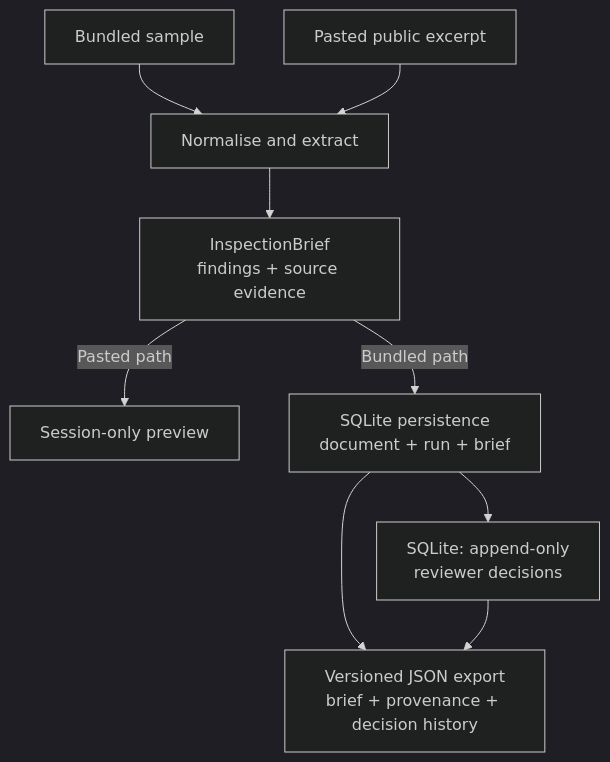
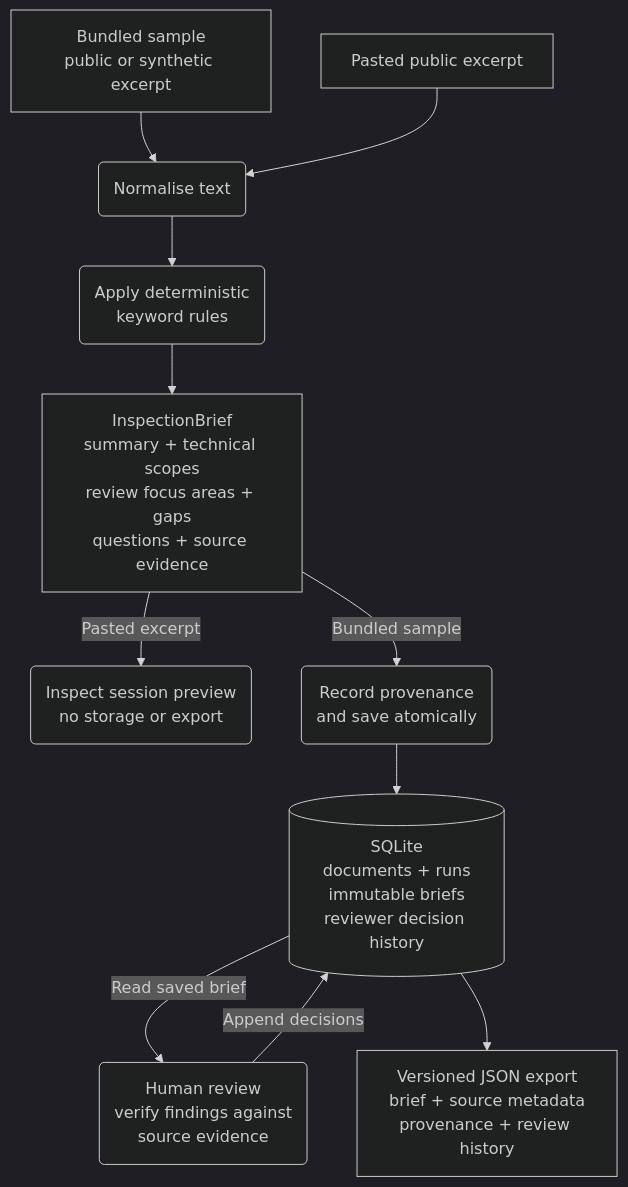
The diagram in README.md (NikolayAir/tender-inspection-pipeline), drawn with Mermaid (dark theme) before and after one commit. The commit also changed other lines of this file and 5 other files, not shown here.

````diff
--- a/README.md
+++ b/README.md
@@ -41,12 +23,14 @@
 ```mermaid
 flowchart TD
-    bundled["Bundled sample"] --> processing["Normalise and extract"]
-    pasted["Pasted public excerpt"] --> processing
-    processing --> brief["InspectionBrief<br/>findings + source evidence"]
+    bundled["Bundled sample<br/>public or synthetic excerpt"] --> normalise("Normalise text")
+    pasted["Pasted public excerpt"] --> normalise
+    normalise --> extract("Apply deterministic<br/>keyword rules")
+    extract --> brief["InspectionBrief<br/>summary + technical scopes<br/>review focus areas + gaps<br/>questions + source evidence"]
 
-    brief -->|Pasted path| preview["Session-only preview"]
-    brief -->|Bundled path| persistence["SQLite persistence<br/>document + run + brief"]
-    persistence --> decisions["SQLite: append-only<br/>reviewer decisions"]
-    persistence --> export["Versioned JSON export<br/>brief + provenance + decision history"]
-    decisions --> export
+    brief -->|Pasted excerpt| preview("Inspect session preview<br/>no storage or export")
+    brief -->|Bundled sample| save("Record provenance<br/>and save atomically")
+    save --> db[("SQLite<br/>documents + runs<br/>immutable briefs<br/>reviewer decision history")]
+    db -->|Read saved brief| review("Human review<br/>verify findings against<br/>source evidence")
+    review -->|Append decisions| db
+    db --> export["Versioned JSON export<br/>brief + source metadata<br/>provenance + review history"]
 ```
````
